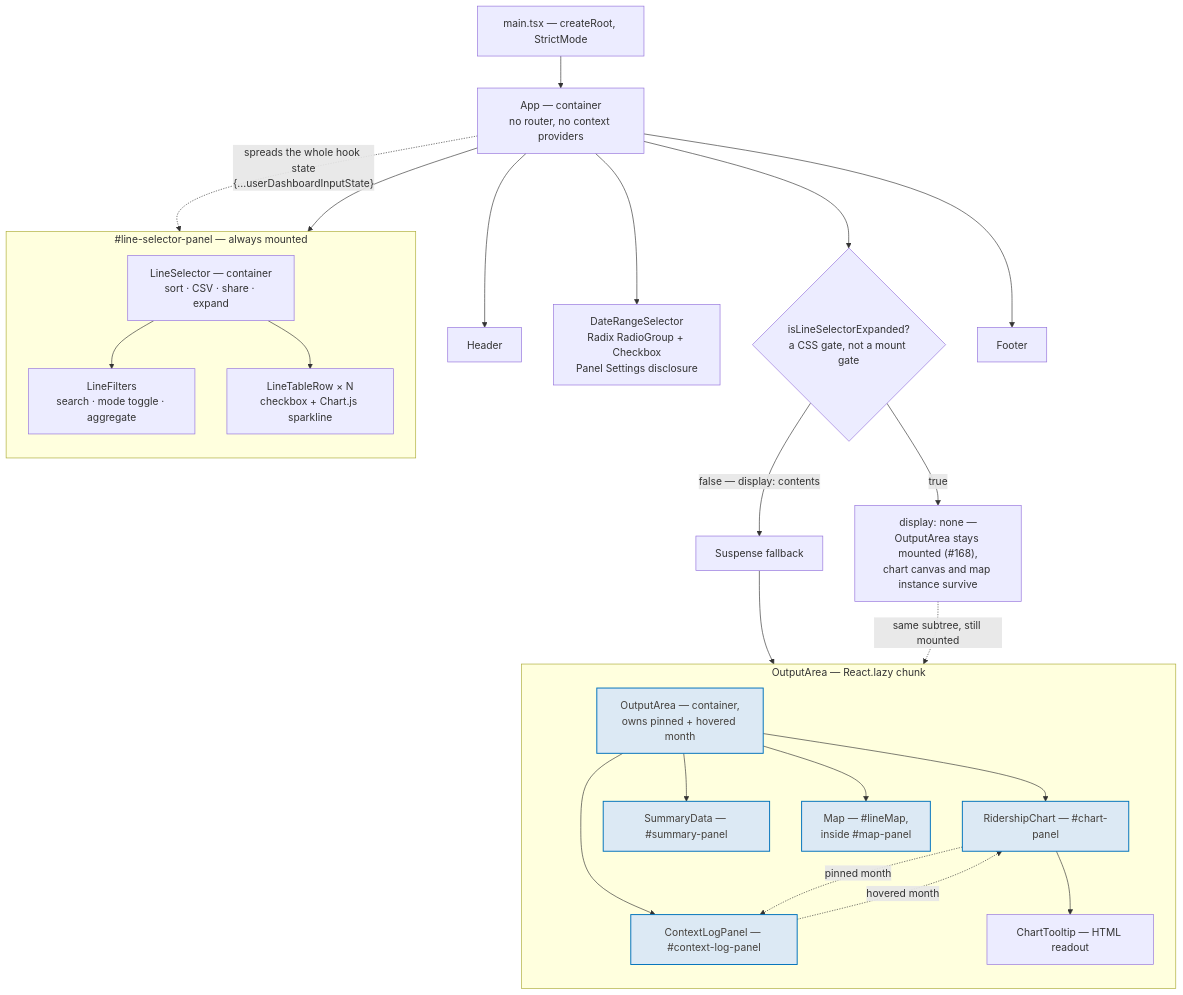
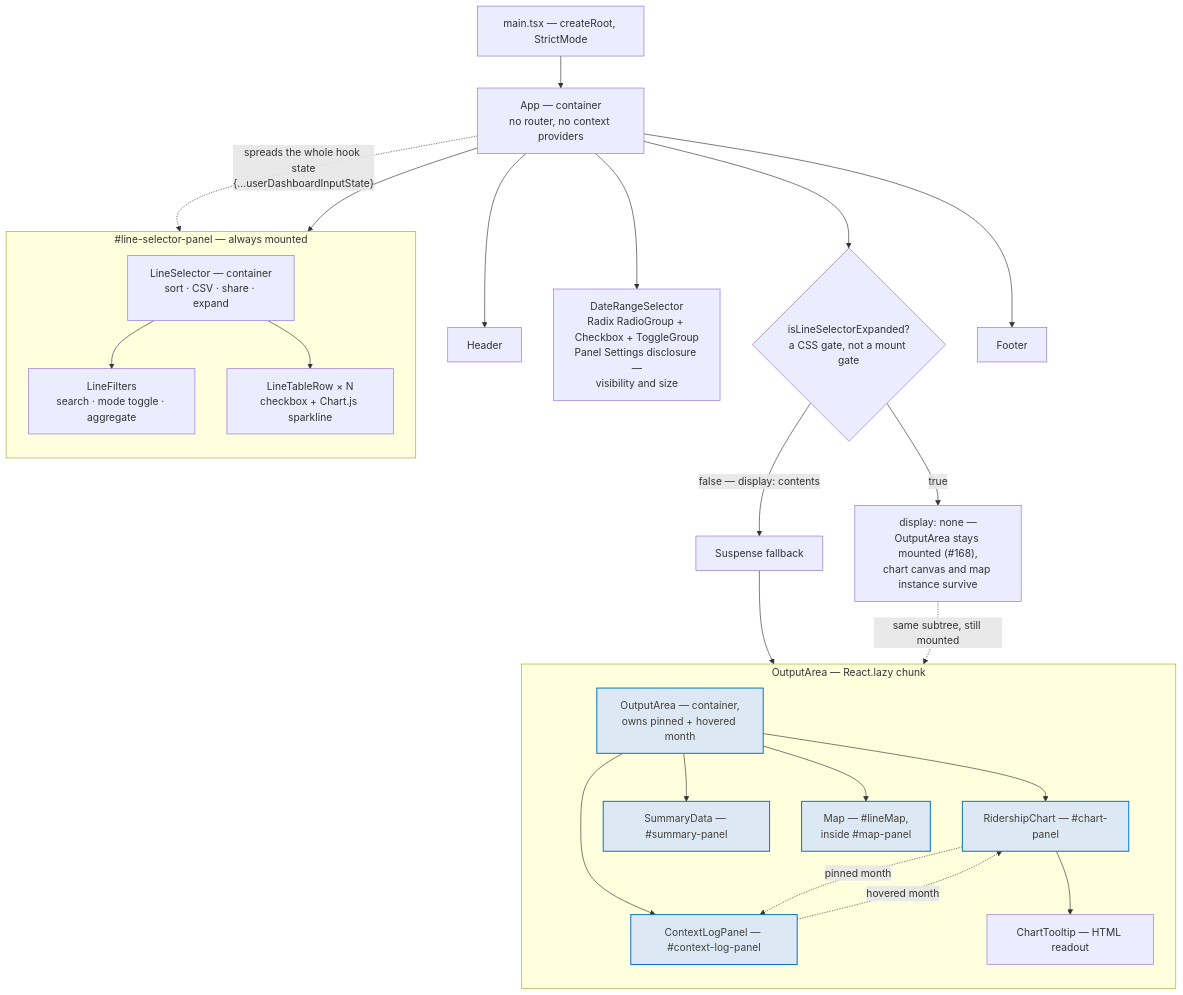
Before and after one commit to streetsforall/metro_ridership_app: the diagram in docs/architecture/mermaid/07-component-tree.mmd, drawn with Mermaid. The commit also changed 24 other files, not shown here.

```diff
--- a/docs/architecture/mermaid/07-component-tree.mmd
+++ b/docs/architecture/mermaid/07-component-tree.mmd
@@ -1,52 +1,52 @@
 flowchart TB
   main["main.tsx — createRoot, StrictMode"]
   app["App — container<br/>no router, no context providers"]
   header["Header"]
-  drs["DateRangeSelector<br/>Radix RadioGroup + Checkbox<br/>Panel Settings disclosure"]
+  drs["DateRangeSelector<br/>Radix RadioGroup + Checkbox + ToggleGroup<br/>Panel Settings disclosure —<br/>visibility and size"]
 
   subgraph leftPane["#line-selector-panel — always mounted"]
     direction TB
     ls["LineSelector — container<br/>sort · CSV · share · expand"]
     lf["LineFilters<br/>search · mode toggle · aggregate"]
     ltr["LineTableRow × N<br/>checkbox + Chart.js sparkline"]
     ls --> lf
     ls --> ltr
   end
 
   gate{"isLineSelectorExpanded?<br/>a CSS gate, not a mount gate"}
   hidden["display: none —<br/>OutputArea stays mounted (#168),<br/>chart canvas and map instance survive"]
   susp["Suspense fallback"]
 
   subgraph rightPane["OutputArea — React.lazy chunk"]
     direction TB
     oa["OutputArea — container,<br/>owns pinned + hovered month"]
     chart["RidershipChart — #chart-panel"]
     tooltip["ChartTooltip — HTML readout"]
     summary["SummaryData — #summary-panel"]
     ctxlog["ContextLogPanel — #context-log-panel"]
     mapCmp["Map — #lineMap,<br/>inside #map-panel"]
     oa --> chart
     oa --> summary
     oa --> ctxlog
     oa --> mapCmp
     chart --> tooltip
     chart -. "pinned month" .-> ctxlog
     ctxlog -. "hovered month" .-> chart
   end
 
   footer["Footer"]
 
   main --> app
   app --> header
   app --> drs
   app --> leftPane
   app --> gate
   gate -- "true" --> hidden
   gate -- "false — display: contents" --> susp --> oa
   hidden -. "same subtree, still mounted" .-> oa
   app --> footer
 
   app -. "spreads the whole hook state<br/>{...userDashboardInputState}" .-> ls
 
   classDef structural fill:#dce9f4,stroke:#0072bc,stroke-width:1.5px,color:#44403c
   class oa,chart,summary,ctxlog,mapCmp structural
```
